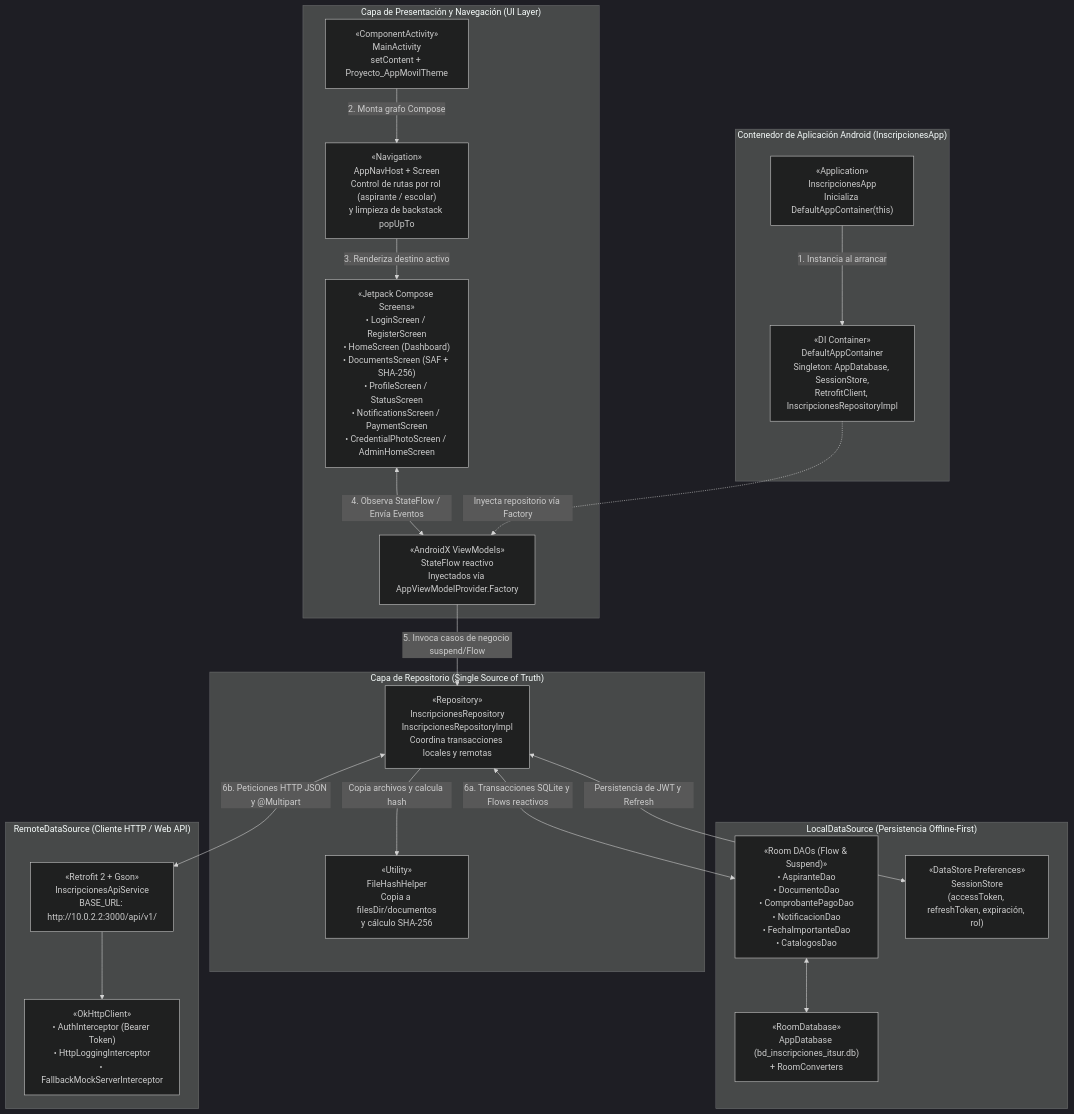
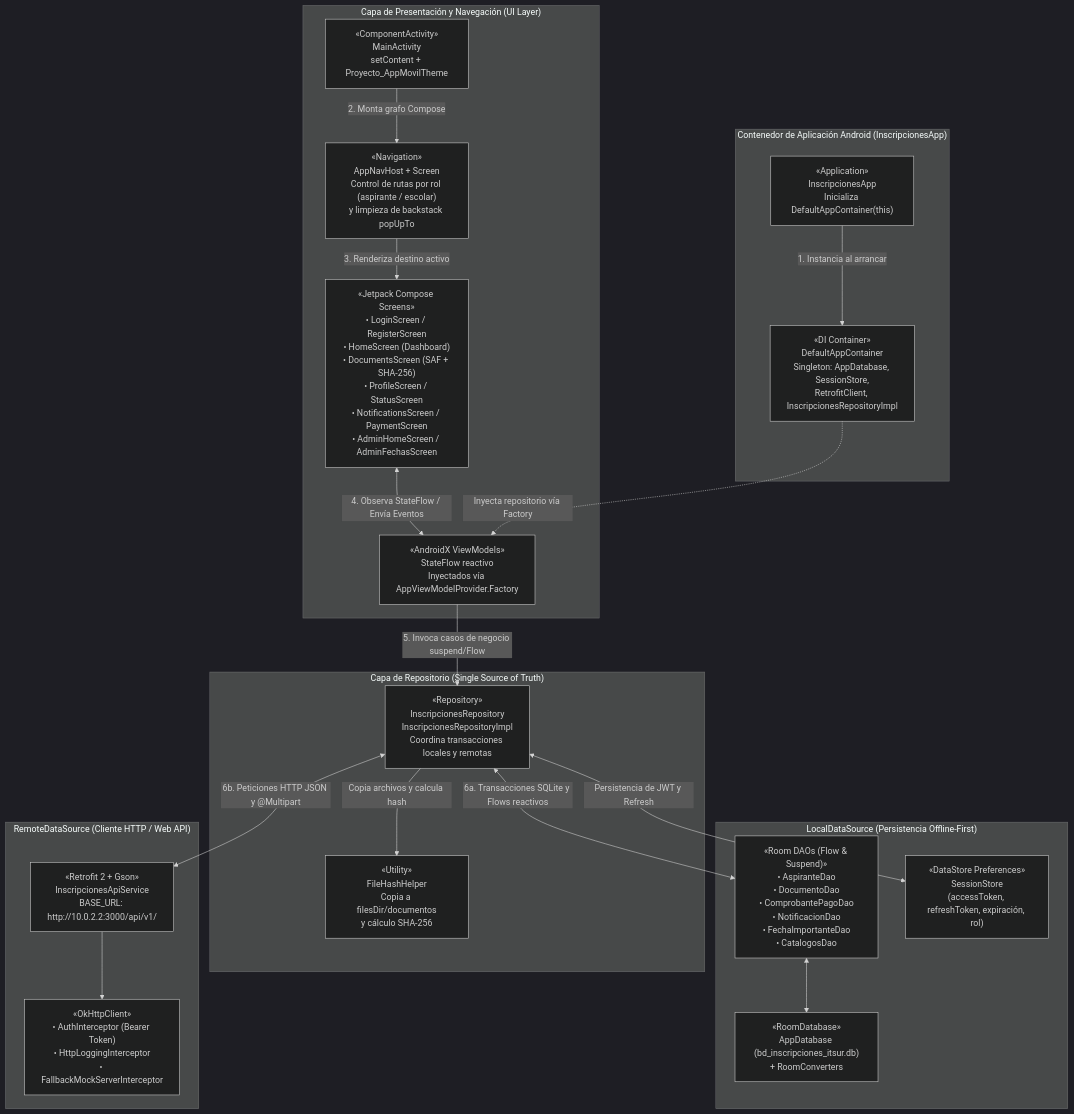
Before and after one commit to alanfon078/Proyecto_AppMovil: the first of 3 diagrams in docs/03_diagrama_uml_componentes.md, drawn with Mermaid (dark theme). The commit also changed 2398 other files, not shown here.

````diff
--- a/docs/03_diagrama_uml_componentes.md
+++ b/docs/03_diagrama_uml_componentes.md
@@ -11,43 +11,43 @@
 ```mermaid
 flowchart TD
     subgraph ANDROID_APP["Contenedor de Aplicación Android (InscripcionesApp)"]
         APP["«Application»\nInscripcionesApp\nInicializa DefaultAppContainer(this)"]
         DI["«DI Container»\nDefaultAppContainer\nSingleton: AppDatabase, SessionStore,\nRetrofitClient, InscripcionesRepositoryImpl"]
     end
 
     subgraph PRESENTATION["Capa de Presentación y Navegación (UI Layer)"]
         ACT["«ComponentActivity»\nMainActivity\nsetContent + Proyecto_AppMovilTheme"]
         NAV["«Navigation»\nAppNavHost + Screen\nControl de rutas por rol (aspirante / escolar)\ny limpieza de backstack popUpTo"]
-        SCREENS["«Jetpack Compose Screens»\n• LoginScreen / RegisterScreen\n• HomeScreen (Dashboard)\n• DocumentsScreen (SAF + SHA-256)\n• ProfileScreen / StatusScreen\n• NotificationsScreen / PaymentScreen\n• CredentialPhotoScreen / AdminHomeScreen"]
+        SCREENS["«Jetpack Compose Screens»\n• LoginScreen / RegisterScreen\n• HomeScreen (Dashboard)\n• DocumentsScreen (SAF + SHA-256)\n• ProfileScreen / StatusScreen\n• NotificationsScreen / PaymentScreen\n• AdminHomeScreen / AdminFechasScreen"]
         VMS["«AndroidX ViewModels»\nStateFlow<UiState> reactivo\nInyectados vía AppViewModelProvider.Factory"]
     end
 
     subgraph DOMAIN_DATA["Capa de Repositorio (Single Source of Truth)"]
         REPO["«Repository»\nInscripcionesRepository\nInscripcionesRepositoryImpl\nCoordina transacciones locales y remotas"]
         HASH_UTIL["«Utility»\nFileHashHelper\nCopia a filesDir/documentos\ny cálculo SHA-256"]
     end
 
     subgraph LOCAL_DS["LocalDataSource (Persistencia Offline-First)"]
         ROOM["«RoomDatabase»\nAppDatabase (bd_inscripciones_itsur.db)\n+ RoomConverters"]
         DAOS["«Room DAOs (Flow & Suspend)»\n• AspiranteDao\n• DocumentoDao\n• ComprobantePagoDao\n• NotificacionDao\n• FechaImportanteDao\n• CatalogosDao"]
         DATASTORE["«DataStore Preferences»\nSessionStore\n(accessToken, refreshToken, expiración, rol)"]
     end
 
     subgraph REMOTE_DS["RemoteDataSource (Cliente HTTP / Web API)"]
         RETROFIT["«Retrofit 2 + Gson»\nInscripcionesApiService\nBASE_URL: http://10.0.2.2:3000/api/v1/"]
         OKHTTP["«OkHttpClient»\n• AuthInterceptor (Bearer Token)\n• HttpLoggingInterceptor\n• FallbackMockServerInterceptor"]
     end
 
     APP -->|1. Instancia al arrancar| DI
     ACT -->|2. Monta grafo Compose| NAV
     NAV -->|3. Renderiza destino activo| SCREENS
     SCREENS <-->|4. Observa StateFlow / Envía Eventos| VMS
     DI -.->|Inyecta repositorio vía Factory| VMS
     VMS -->|5. Invoca casos de negocio suspend/Flow| REPO
     REPO -->|Copia archivos y calcula hash| HASH_UTIL
     REPO <-->|6a. Transacciones SQLite y Flows reactivos| DAOS
     DAOS <--> ROOM
     REPO <-->|Persistencia de JWT y Refresh| DATASTORE
     REPO <-->|6b. Peticiones HTTP JSON y @Multipart| RETROFIT
     RETROFIT --> OKHTTP
 ```
````
